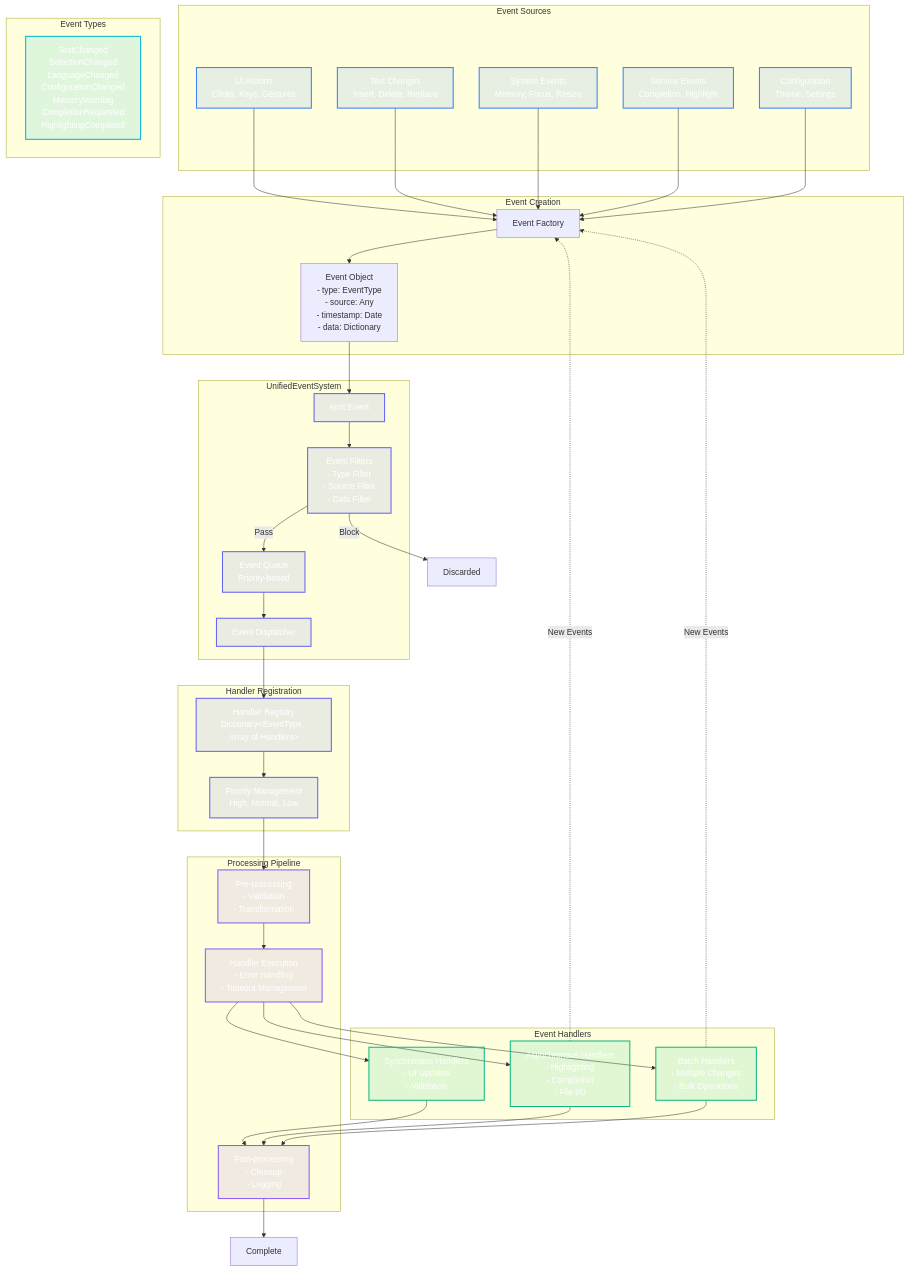
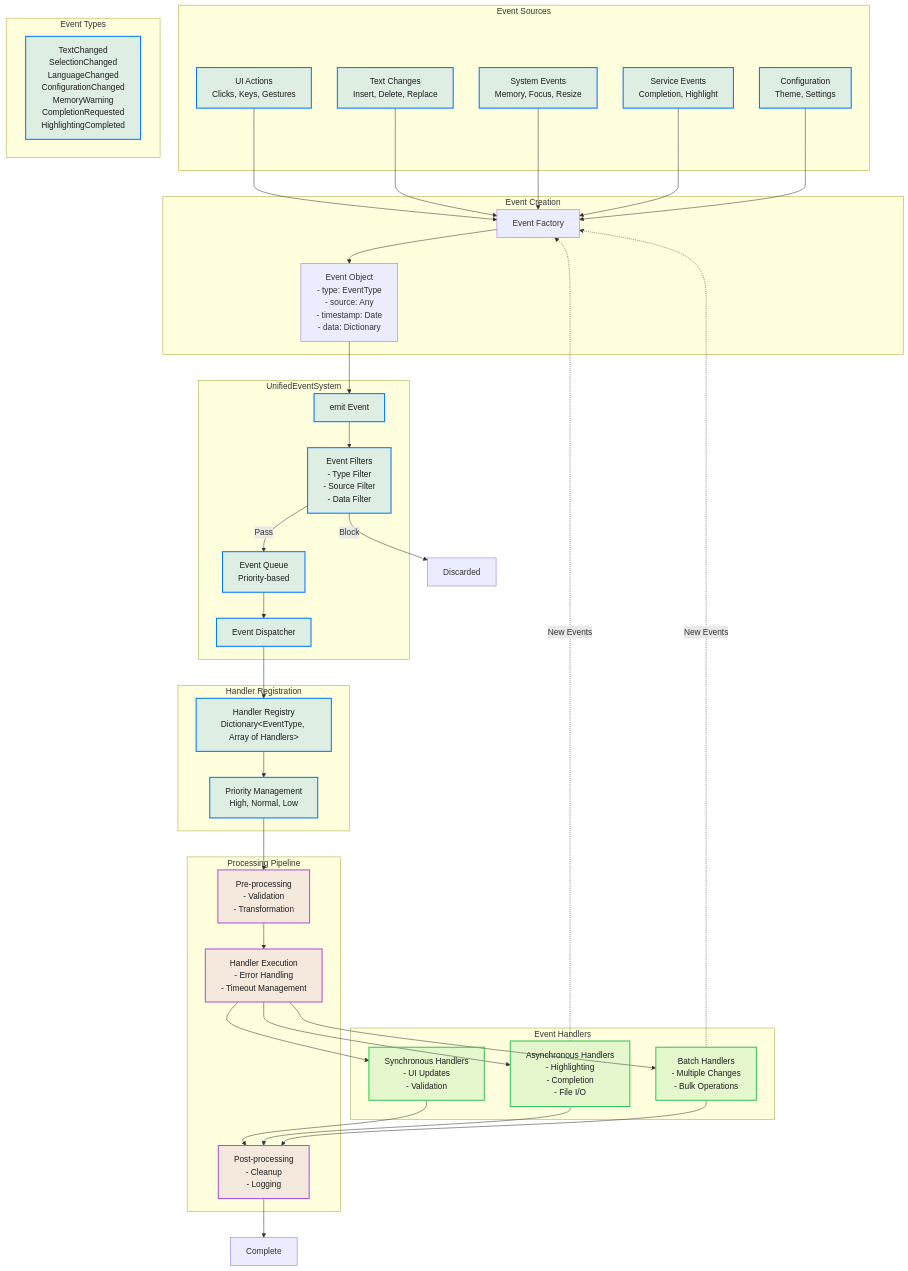
The diagram in Diagrams/05-event-system-flow.md (ajmcclary/CodeEditorKit), drawn with Mermaid before and after one commit. The commit also changed 25 other files, not shown here.

First line of the commit message:
Refactor diagram color schemes for dark mode compatibility and semantic clarity

```diff
--- a/Diagrams/05-event-system-flow.md
+++ b/Diagrams/05-event-system-flow.md
@@ -89,11 +89,11 @@
     BATCH -.->|New Events| CREATE
 
     %% Styling - Dark mode friendly colors
-    classDef source fill:#3b82f620,stroke:#3b82f6,stroke-width:2px,color:#fff
-    classDef system fill:#6366f120,stroke:#6366f1,stroke-width:2px,color:#fff
-    classDef handler fill:#10b98120,stroke:#10b981,stroke-width:2px,color:#fff
-    classDef process fill:#8b5cf620,stroke:#8b5cf6,stroke-width:2px,color:#fff
-    classDef types fill:#06b6d420,stroke:#06b6d4,stroke-width:2px,color:#fff
+    classDef source fill:#007AFF20,stroke:#007AFF,stroke-width:2px,color:#1D1D1F
+    classDef system fill:#007AFF20,stroke:#007AFF,stroke-width:2px,color:#1D1D1F
+    classDef handler fill:#34C75920,stroke:#34C759,stroke-width:2px,color:#1D1D1F
+    classDef process fill:#AF52DE20,stroke:#AF52DE,stroke-width:2px,color:#1D1D1F
+    classDef types fill:#007AFF20,stroke:#007AFF,stroke-width:2px,color:#1D1D1F
     
     class UI source
     class TEXT source
```
